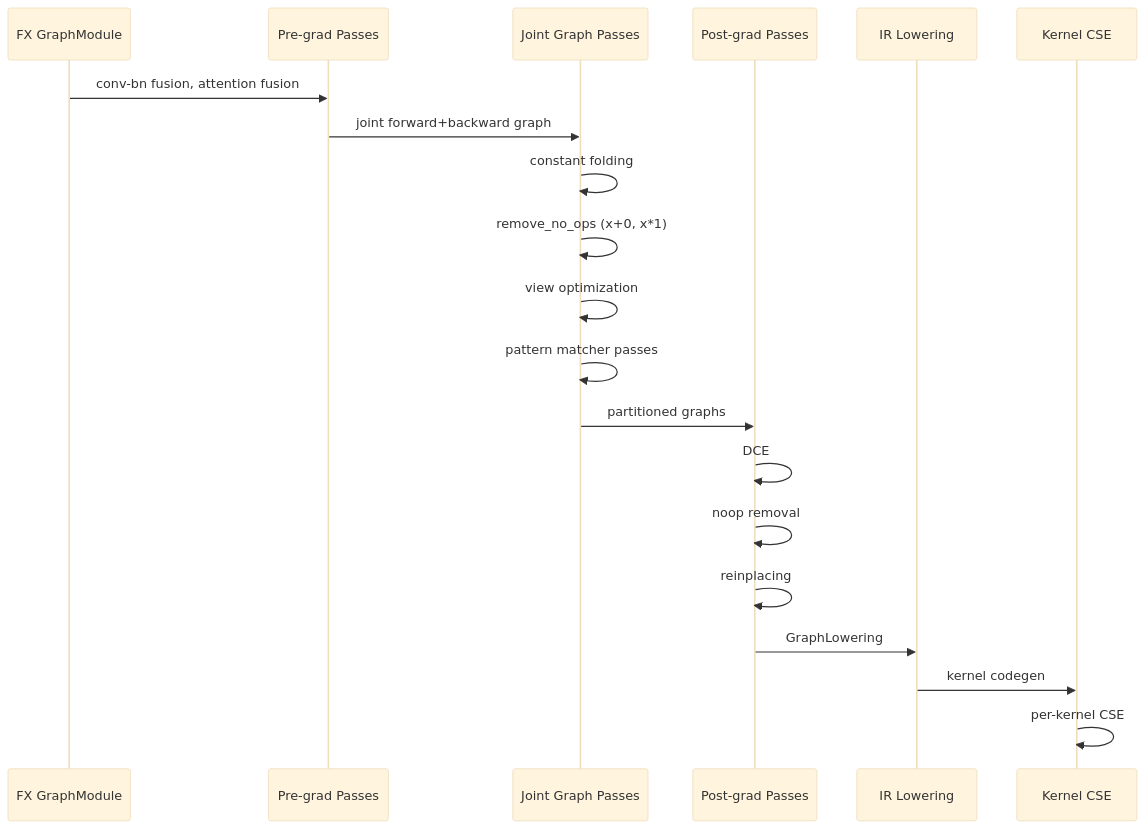
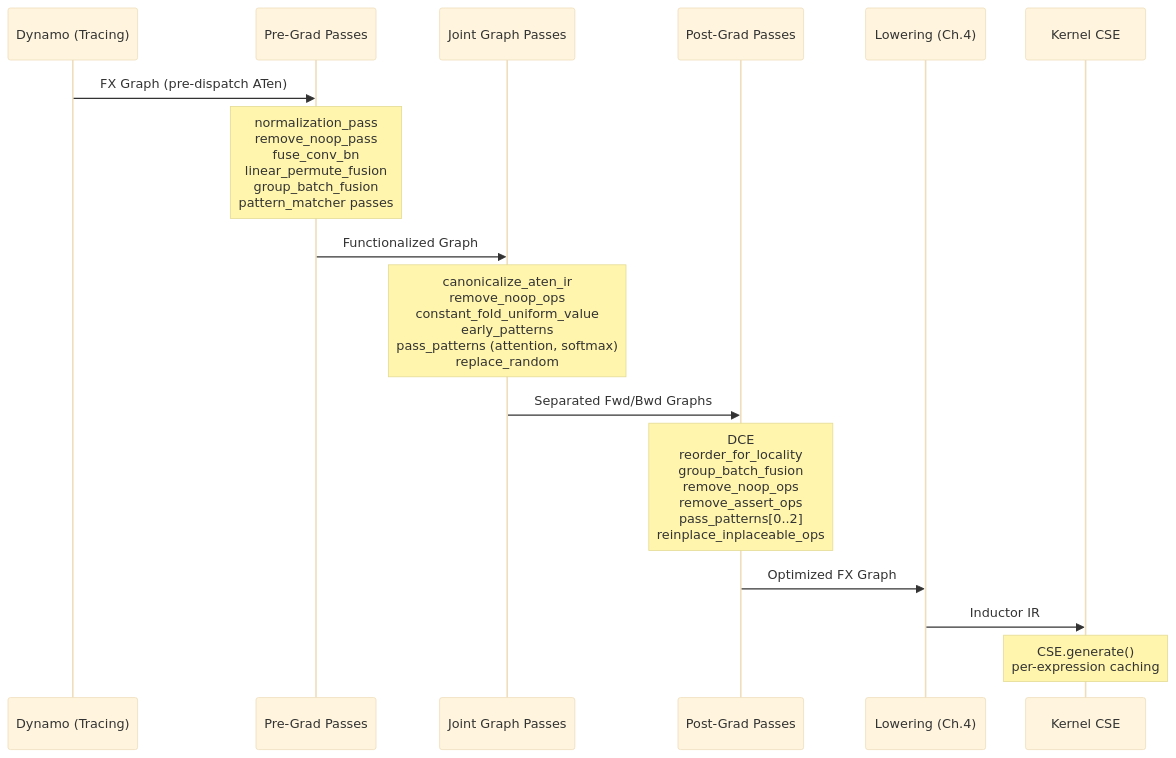
One commit to Allen-C-Guan/Pytorch-Inductor-Tutorial changed the third of 5 diagrams in Introduction/compiler_view_tutorial/ch05_optimization.md. Above: the diagram before and after it, drawn with Mermaid (base theme). The commit also changed other lines of this file and 5 other files, not shown here.

````diff
--- a/Introduction/compiler_view_tutorial/ch05_optimization.md
+++ b/Introduction/compiler_view_tutorial/ch05_optimization.md
@@ -267,23 +619,19 @@
 ```mermaid
 sequenceDiagram
-    participant FX as FX GraphModule
-    participant PreGrad as Pre-grad Passes
-    participant Joint as Joint Graph Passes
-    participant PostGrad as Post-grad Passes
-    participant IR as IR Lowering
-    participant Kernel as Kernel CSE
+    participant Dynamo as Dynamo (Tracing)
+    participant PreGrad as Pre-Grad Passes
+    participant JointGraph as Joint Graph Passes
+    participant PostGrad as Post-Grad Passes
+    participant Lowering as Lowering (Ch.4)
+    participant KernelCSE as Kernel CSE
 
-    FX->>PreGrad: conv-bn fusion, attention fusion
-    PreGrad->>Joint: joint forward+backward graph
-    Joint->>Joint: constant folding
-    Joint->>Joint: remove_no_ops (x+0, x*1)
-    Joint->>Joint: view optimization
-    Joint->>Joint: pattern matcher passes
-    Joint->>PostGrad: partitioned graphs
-    PostGrad->>PostGrad: DCE
-    PostGrad->>PostGrad: noop removal
-    PostGrad->>PostGrad: reinplacing
-    PostGrad->>IR: GraphLowering
-    IR->>Kernel: kernel codegen
-    Kernel->>Kernel: per-kernel CSE
+    Dynamo->>PreGrad: FX Graph (pre-dispatch ATen)
+    Note over PreGrad: normalization_pass<br/>remove_noop_pass<br/>fuse_conv_bn<br/>linear_permute_fusion<br/>group_batch_fusion<br/>pattern_matcher passes
+    PreGrad->>JointGraph: Functionalized Graph
+    Note over JointGraph: canonicalize_aten_ir<br/>remove_noop_ops<br/>constant_fold_uniform_value<br/>early_patterns<br/>pass_patterns (attention, softmax)<br/>replace_random
+    JointGraph->>PostGrad: Separated Fwd/Bwd Graphs
+    Note over PostGrad: DCE<br/>reorder_for_locality<br/>group_batch_fusion<br/>remove_noop_ops<br/>remove_assert_ops<br/>pass_patterns[0..2]<br/>reinplace_inplaceable_ops
+    PostGrad->>Lowering: Optimized FX Graph
+    Lowering->>KernelCSE: Inductor IR
+    Note over KernelCSE: CSE.generate()<br/>per-expression caching
 ```
````
